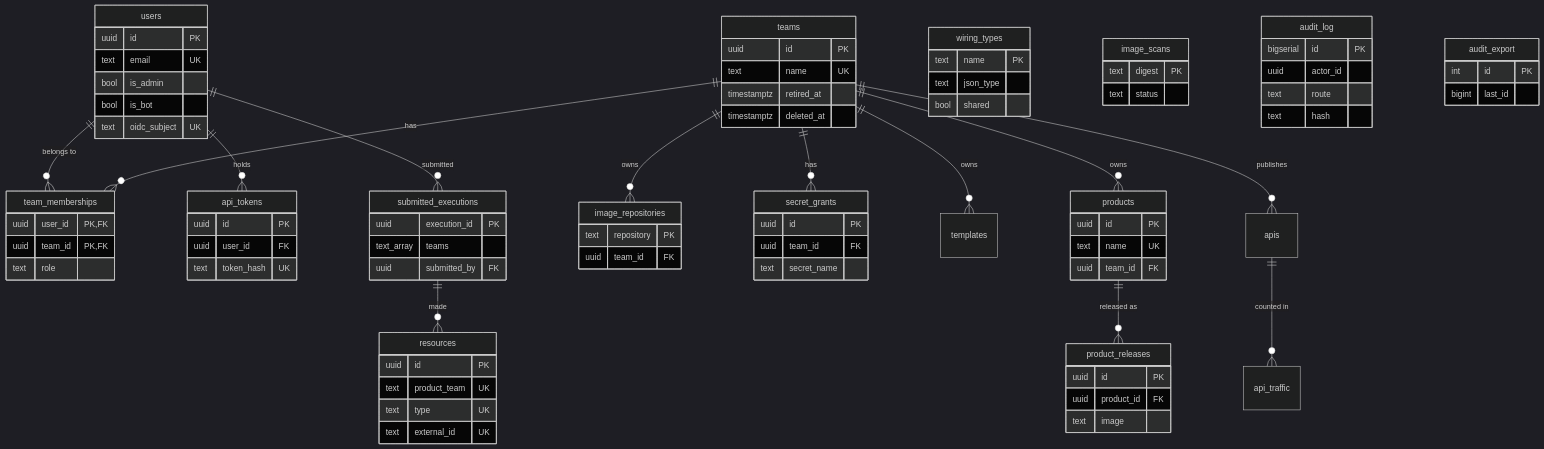
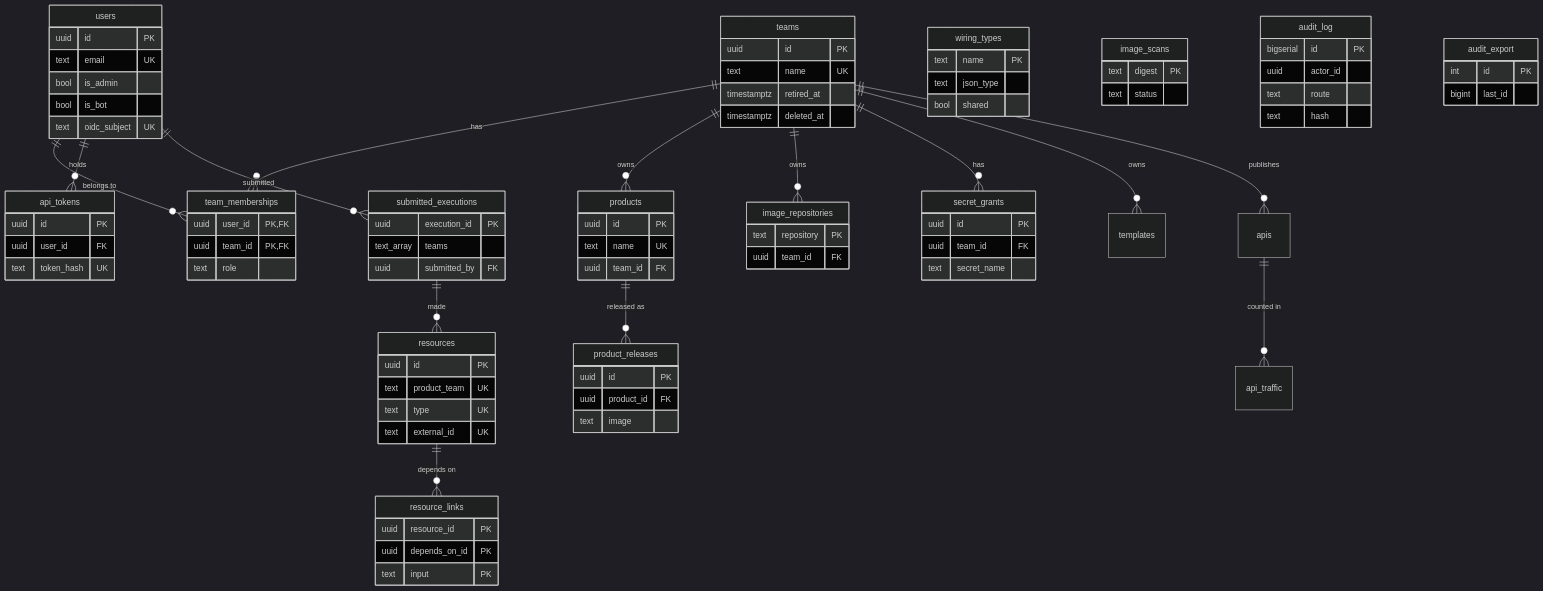
One commit to rburns629/vertra changed the third of 3 diagrams in console/docs/06-database-schemas.md. Above: the diagram before and after it, drawn with Mermaid (dark theme). The commit also changed other lines of this file and 24 other files, not shown here.

First line of the commit message:
feat: what each resource provides and depends on, and deletes of what others use wait for an admin

````diff
--- a/console/docs/06-database-schemas.md
+++ b/console/docs/06-database-schemas.md
@@ -273,4 +273,10 @@
     text type UK
     text external_id UK
   }
+  resources ||--o{ resource_links : "depends on"
+  resource_links {
+    uuid resource_id PK
+    uuid depends_on_id PK
+    text input PK
+  }
 ```
````
